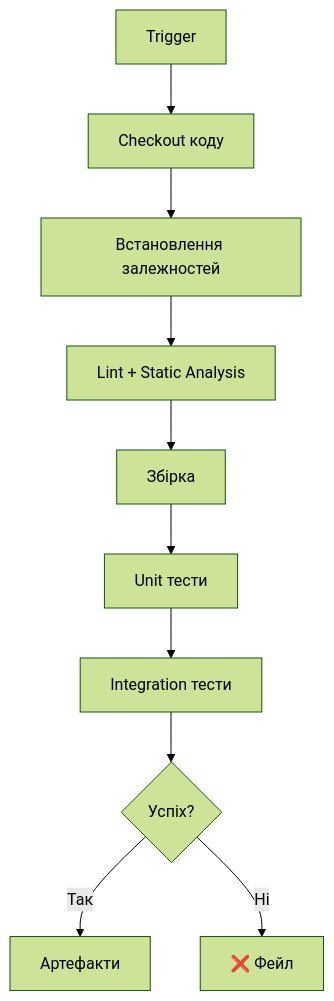
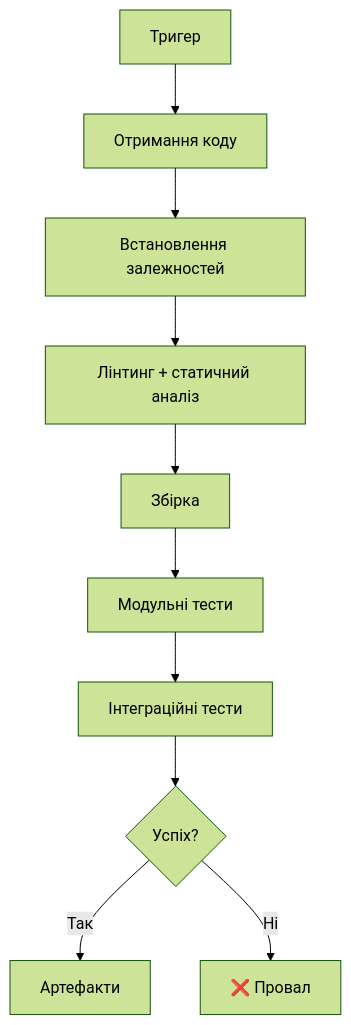
One commit to olroi421/course-opi-v2 changed the second of 11 diagrams in presentations/presentation-13.md. Above: the diagram before and after it, drawn with Mermaid (forest theme). The commit also changed other lines of this file and 9 other files, not shown here.

````diff
--- a/presentations/presentation-13.md
+++ b/presentations/presentation-13.md
@@ -85,12 +95,12 @@
 ```mermaid
 graph TB
-    A[Trigger] --> B[Checkout коду]
+    A[Тригер] --> B[Отримання коду]
     B --> C[Встановлення залежностей]
-    C --> D[Lint + Static Analysis]
+    C --> D[Лінтинг + статичний аналіз]
     D --> E[Збірка]
-    E --> F[Unit тести]
-    F --> G[Integration тести]
+    E --> F[Модульні тести]
+    F --> G[Інтеграційні тести]
     G --> H{Успіх?}
     H -->|Так| I[Артефакти]
-    H -->|Ні| J[❌ Фейл]
+    H -->|Ні| J[❌ Провал]
 ```
````
